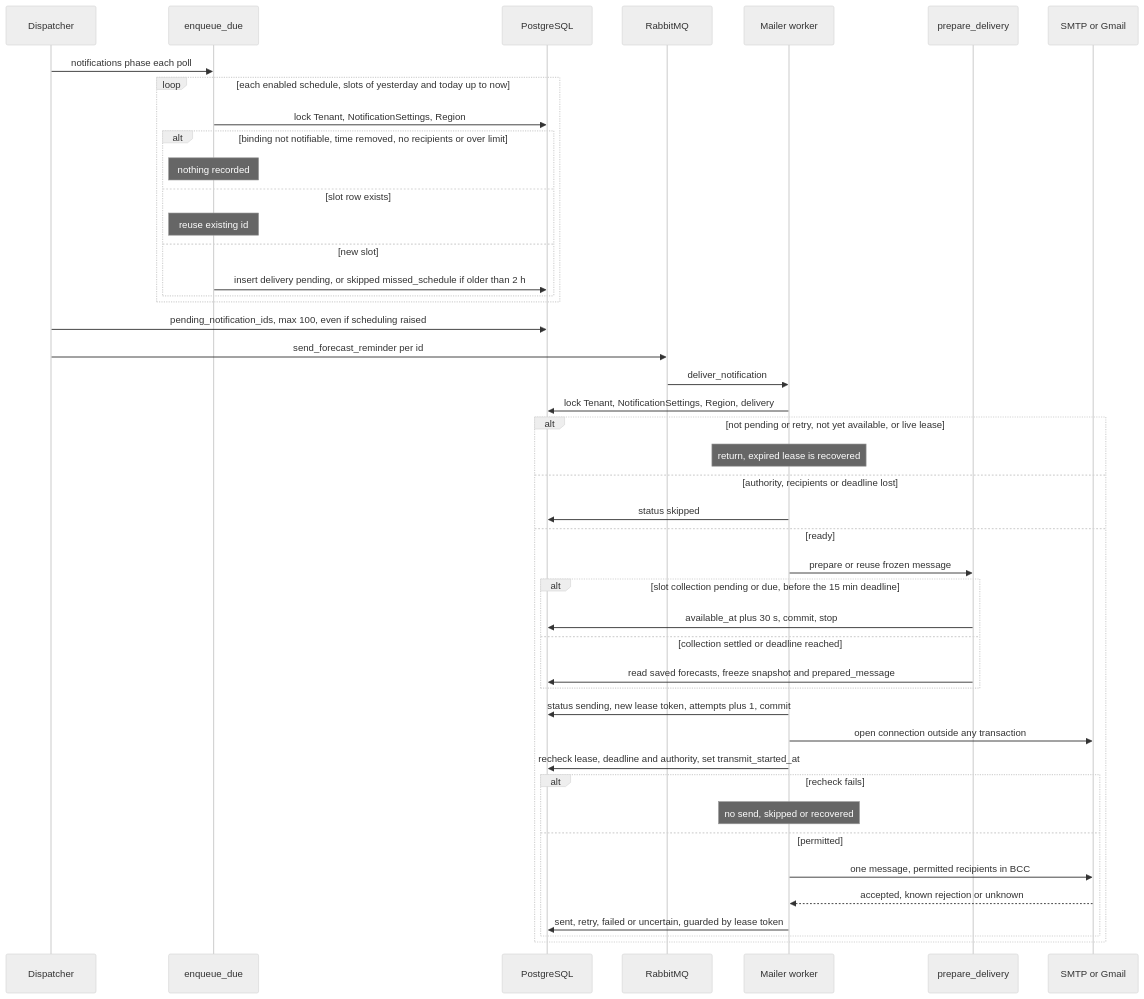
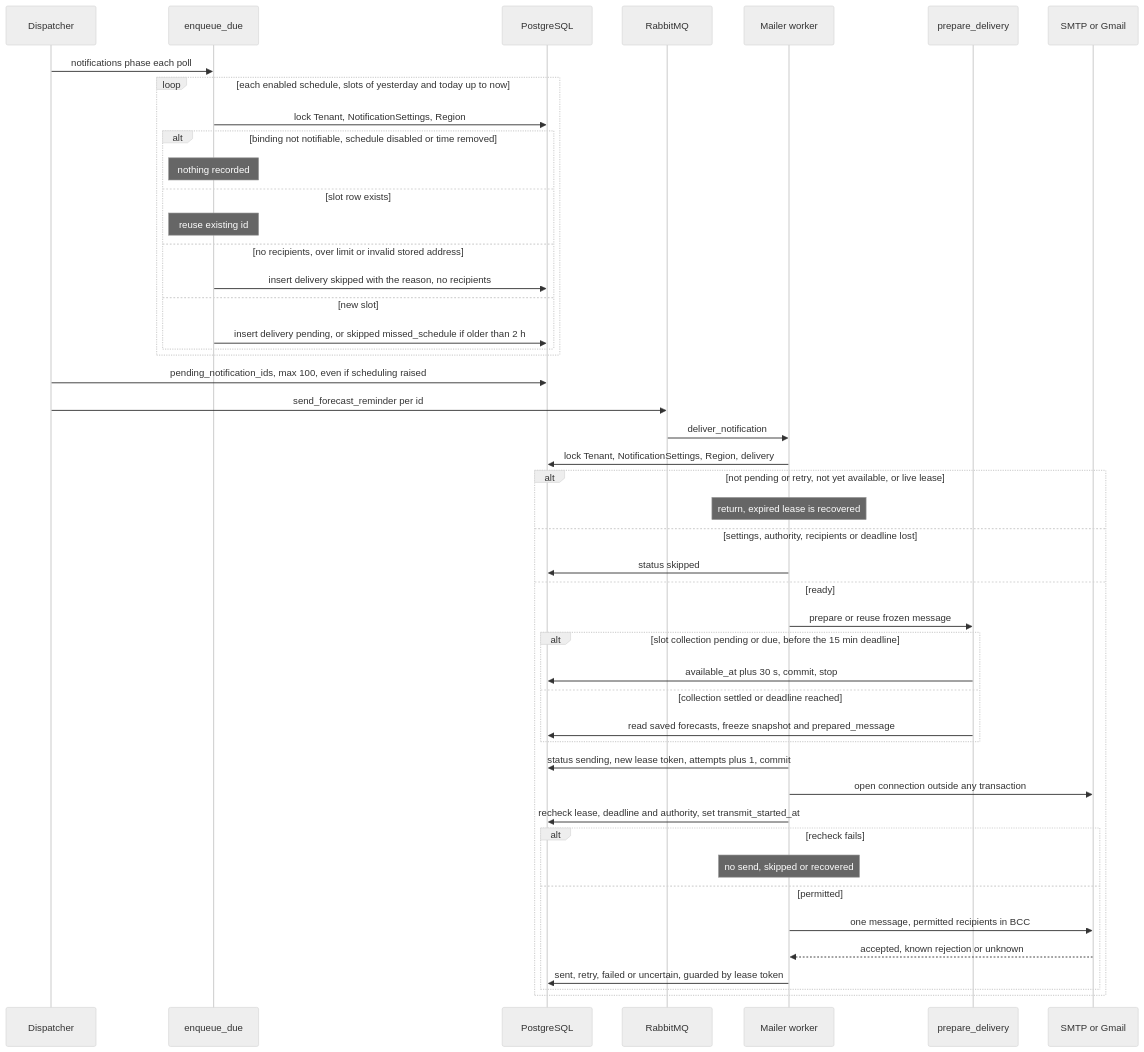
The diagram in docs/flows/reminder-delivery.md (erkurtharun/pyracast), drawn with Mermaid (neutral theme) before and after one commit. The commit also changed other lines of this file and 24 other files, not shown here.

````diff
--- a/docs/flows/reminder-delivery.md
+++ b/docs/flows/reminder-delivery.md
@@ -19,47 +19,49 @@
 ```mermaid
 sequenceDiagram
     participant D as Dispatcher
     participant S as enqueue_due
     participant DB as PostgreSQL
     participant Q as RabbitMQ
     participant W as Mailer worker
     participant P as prepare_delivery
     participant M as SMTP or Gmail
     D->>S: notifications phase each poll
     loop each enabled schedule, slots of yesterday and today up to now
         S->>DB: lock Tenant, NotificationSettings, Region
-        alt binding not notifiable, time removed, no recipients or over limit
+        alt binding not notifiable, schedule disabled or time removed
             Note over S: nothing recorded
         else slot row exists
             Note over S: reuse existing id
+        else no recipients, over limit or invalid stored address
+            S->>DB: insert delivery skipped with the reason, no recipients
         else new slot
             S->>DB: insert delivery pending, or skipped missed_schedule if older than 2 h
         end
     end
     D->>DB: pending_notification_ids, max 100, even if scheduling raised
     D->>Q: send_forecast_reminder per id
     Q->>W: deliver_notification
     W->>DB: lock Tenant, NotificationSettings, Region, delivery
     alt not pending or retry, not yet available, or live lease
         Note over W: return, expired lease is recovered
-    else authority, recipients or deadline lost
+    else settings, authority, recipients or deadline lost
         W->>DB: status skipped
     else ready
         W->>P: prepare or reuse frozen message
         alt slot collection pending or due, before the 15 min deadline
             P->>DB: available_at plus 30 s, commit, stop
         else collection settled or deadline reached
             P->>DB: read saved forecasts, freeze snapshot and prepared_message
         end
         W->>DB: status sending, new lease token, attempts plus 1, commit
         W->>M: open connection outside any transaction
         W->>DB: recheck lease, deadline and authority, set transmit_started_at
         alt recheck fails
             Note over W: no send, skipped or recovered
         else permitted
             W->>M: one message, permitted recipients in BCC
             M-->>W: accepted, known rejection or unknown
             W->>DB: sent, retry, failed or uncertain, guarded by lease token
         end
     end
 ```
````
